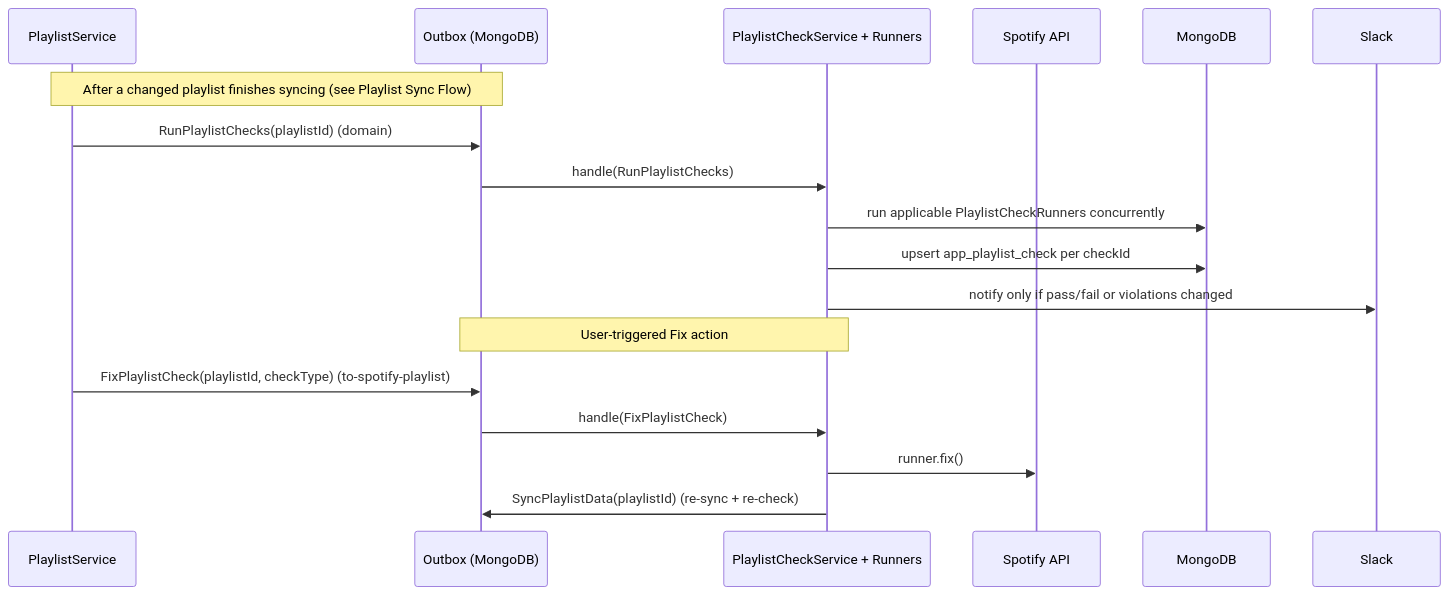
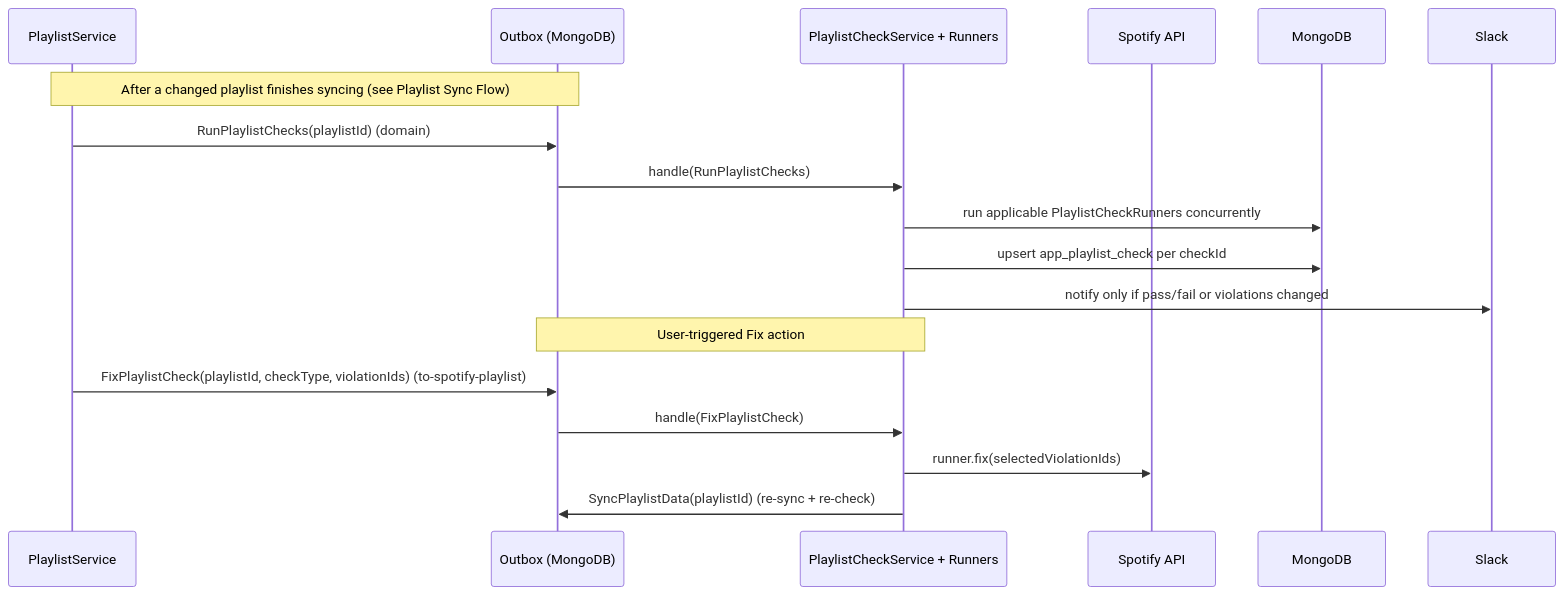
One commit to christiangroth/spotify-control changed the sixth of 8 diagrams in docs/arc42/arc42.md. Above: the diagram before and after it, drawn with Mermaid. The commit also changed other lines of this file and 27 other files, not shown here.

First line of the commit message:
Add selective fixing of playlist check violations

````diff
--- a/docs/arc42/arc42.md
+++ b/docs/arc42/arc42.md
@@ -367,22 +371,22 @@
 ```mermaid
 sequenceDiagram
     participant PL as PlaylistService
     participant Outbox as Outbox (MongoDB)
     participant Check as PlaylistCheckService + Runners
     participant Spotify as Spotify API
     participant Mongo as MongoDB
     participant Slack as Slack
 
     Note over PL,Outbox: After a changed playlist finishes syncing (see Playlist Sync Flow)
     PL->>Outbox: RunPlaylistChecks(playlistId) (domain)
     Outbox->>Check: handle(RunPlaylistChecks)
     Check->>Mongo: run applicable PlaylistCheckRunners concurrently
     Check->>Mongo: upsert app_playlist_check per checkId
     Check->>Slack: notify only if pass/fail or violations changed
 
     Note over Check,Outbox: User-triggered Fix action
-    PL->>Outbox: FixPlaylistCheck(playlistId, checkType) (to-spotify-playlist)
+    PL->>Outbox: FixPlaylistCheck(playlistId, checkType, violationIds) (to-spotify-playlist)
     Outbox->>Check: handle(FixPlaylistCheck)
-    Check->>Spotify: runner.fix()
+    Check->>Spotify: runner.fix(selectedViolationIds)
     Check->>Outbox: SyncPlaylistData(playlistId) (re-sync + re-check)
 ```
````
